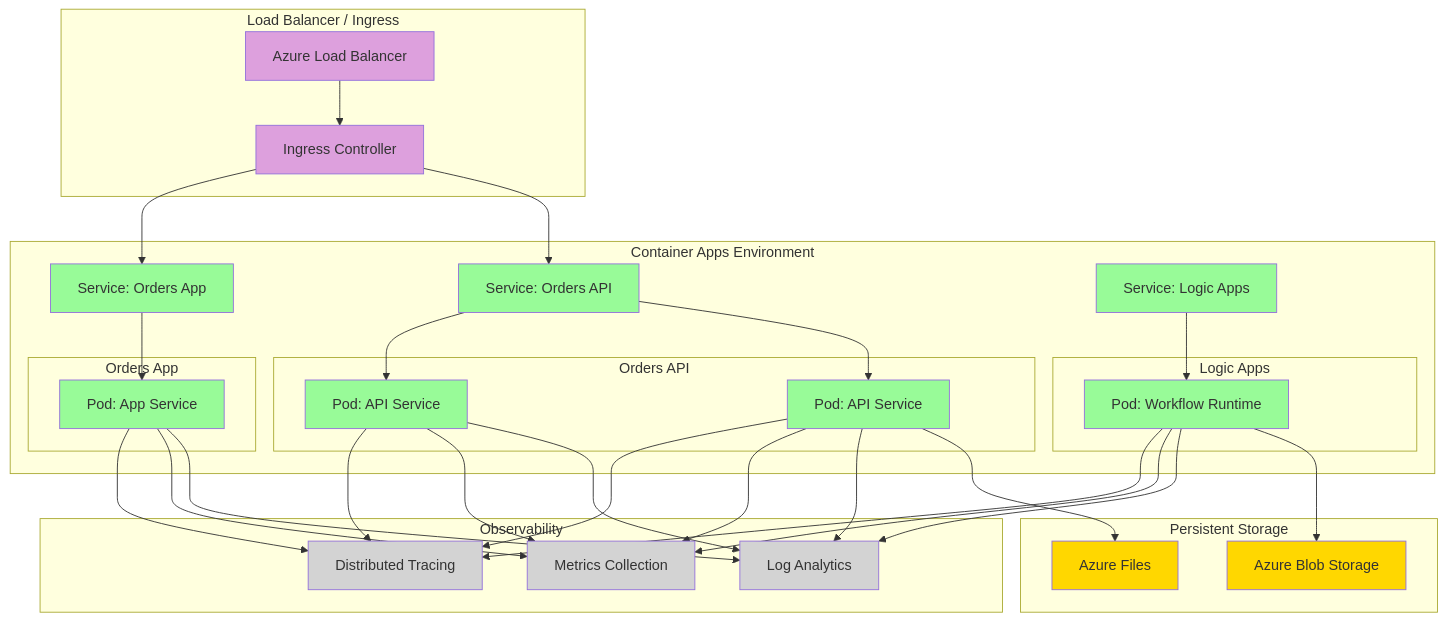
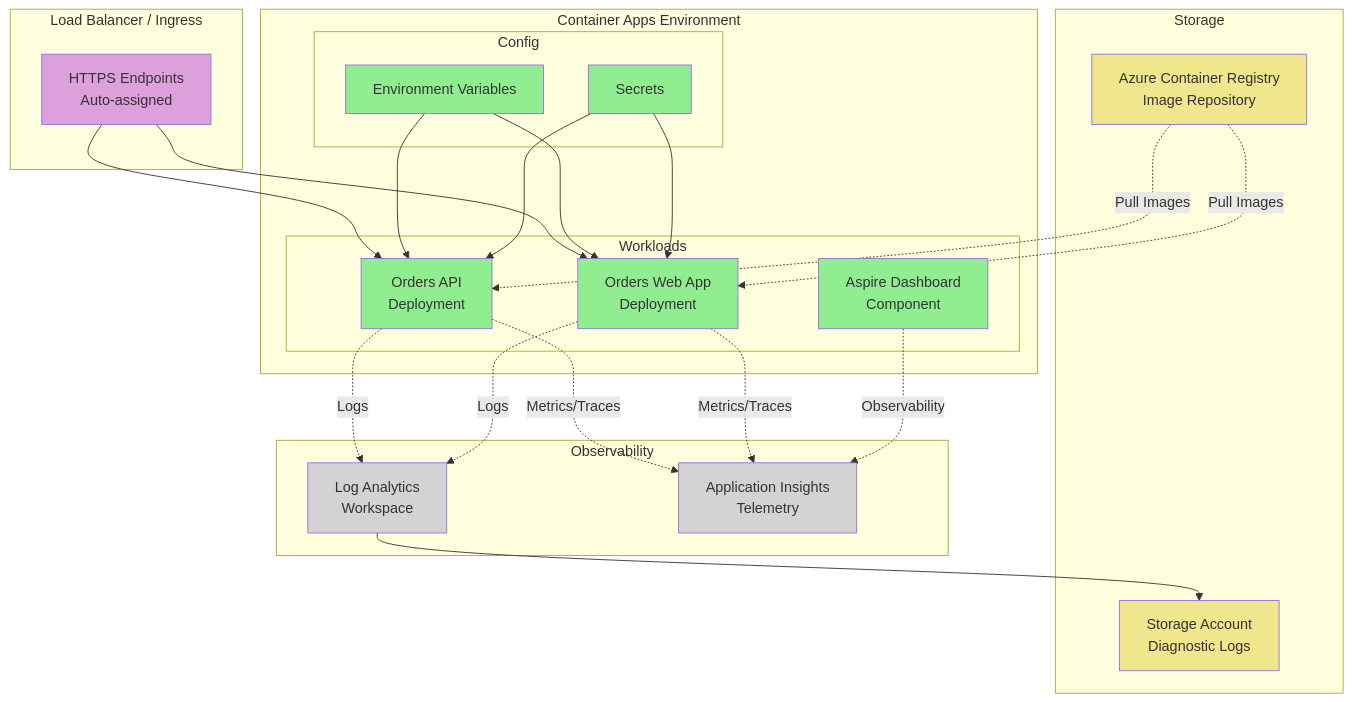
Before and after one commit to Evilazaro/Azure-LogicApps-Monitoring: the tenth of 12 diagrams in bdat.md, drawn with Mermaid. The commit also changed other lines of this file and 1 other file, not shown here.

````diff
--- a/bdat.md
+++ b/bdat.md
@@ -584,79 +591,60 @@
 ```mermaid
 flowchart TB
-    subgraph "Load Balancer / Ingress"
-        LB[Azure Load Balancer]
-        IG[Ingress Controller]
+    subgraph LB["Load Balancer / Ingress"]
+        HTTPS[HTTPS Endpoints<br/>Auto-assigned]
     end
     
-    subgraph "Container Apps Environment"
-        subgraph "Orders API"
-            POD1[Pod: API Service]
-            POD2[Pod: API Service]
+    subgraph CAE["Container Apps Environment"]
+        subgraph Workloads
+            API[Orders API<br/>Deployment]
+            APP[Orders Web App<br/>Deployment]
+            DASH[Aspire Dashboard<br/>Component]
         end
         
-        subgraph "Orders App"
-            POD3[Pod: App Service]
+        subgraph Config
+            ENV[Environment Variables]
+            SEC[Secrets]
         end
-        
-        subgraph "Logic Apps"
-            POD4[Pod: Workflow Runtime]
-        end
-        
-        SVC1[Service: Orders API]
-        SVC2[Service: Orders App]
-        SVC3[Service: Logic Apps]
     end
     
-    subgraph "Persistent Storage"
-        PV1[Azure Files]
-        PV2[Azure Blob Storage]
+    subgraph Storage
+        ACR[Azure Container Registry<br/>Image Repository]
+        SA[Storage Account<br/>Diagnostic Logs]
     end
     
-    subgraph "Observability"
-        LOG[Log Analytics]
-        MET[Metrics Collection]
-        TRACE[Distributed Tracing]
+    subgraph Observability
+        LAW[Log Analytics<br/>Workspace]
+        AI[Application Insights<br/>Telemetry]
     end
     
-    LB --> IG
-    IG --> SVC1
-    IG --> SVC2
+    HTTPS --> API
+    HTTPS --> APP
     
-    SVC1 --> POD1
-    SVC1 --> POD2
-    SVC2 --> POD3
-    SVC3 --> POD4
+    ACR -.->|Pull Images| API
+    ACR -.->|Pull Images| APP
     
-    POD1 --> PV1
-    POD4 --> PV2
+    ENV --> API
+    ENV --> APP
+    SEC --> API
+    SEC --> APP
     
-    POD1 --> LOG
-    POD2 --> LOG
-    POD3 --> LOG
-    POD4 --> LOG
+    API -.->|Logs| LAW
+    APP -.->|Logs| LAW
+    API -.->|Metrics/Traces| AI
+    APP -.->|Metrics/Traces| AI
     
-    POD1 --> MET
-    POD2 --> MET
-    POD3 --> MET
-    POD4 --> MET
+    LAW --> SA
     
-    POD1 --> TRACE
-    POD2 --> TRACE
-    POD3 --> TRACE
-    POD4 --> TRACE
+    DASH -.->|Observability| AI
     
-    style LB fill:#DDA0DD
-    style IG fill:#DDA0DD
-    style SVC1 fill:#98FB98
-    style SVC2 fill:#98FB98
-    style SVC3 fill:#98FB98
-    style POD1 fill:#98FB98
-    style POD2 fill:#98FB98
-    style POD3 fill:#98FB98
-    style POD4 fill:#98FB98
-    style PV1 fill:#FFD700
-    style PV2 fill:#FFD700
-    style LOG fill:#D3D3D3
-    style MET fill:#D3D3D3
-    style TRACE fill:#D3D3D3
+    style HTTPS fill:#DDA0DD
+    style API fill:#90EE90
+    style APP fill:#90EE90
+    style DASH fill:#90EE90
+    style ENV fill:#90EE90
+    style SEC fill:#90EE90
+    style ACR fill:#F0E68C
+    style SA fill:#F0E68C
+    style LAW fill:#D3D3D3
+    style AI fill:#D3D3D3
 ```
````
